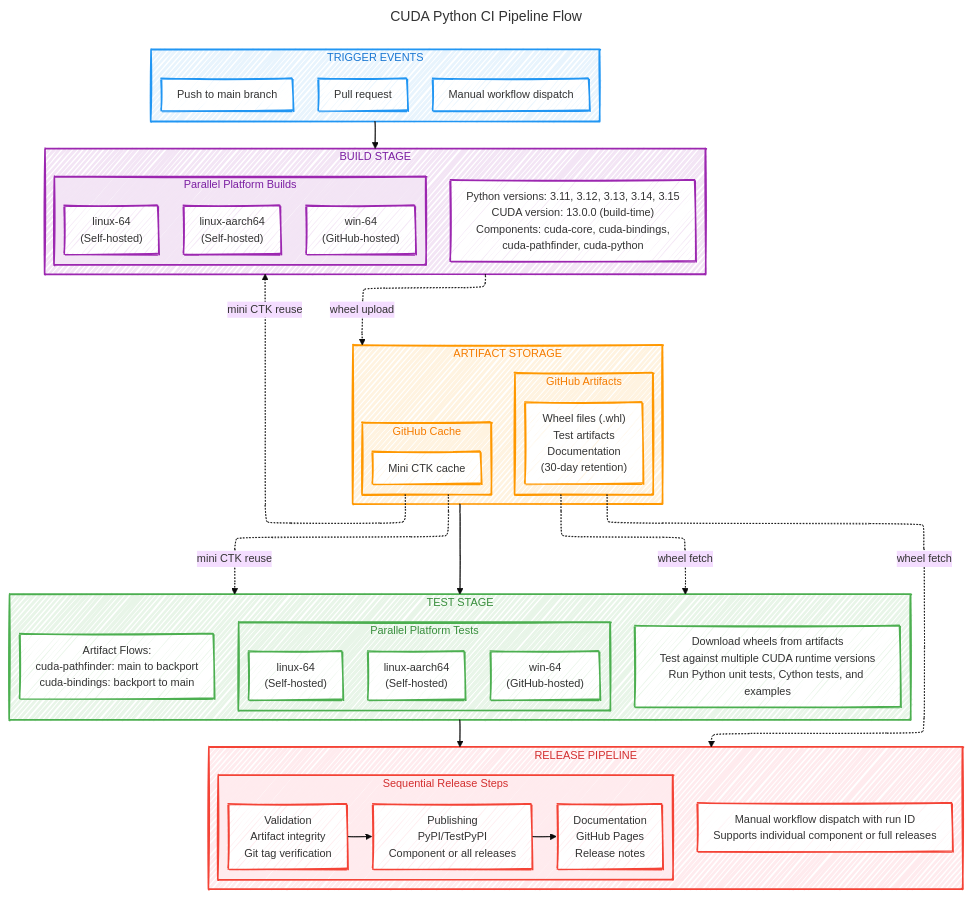
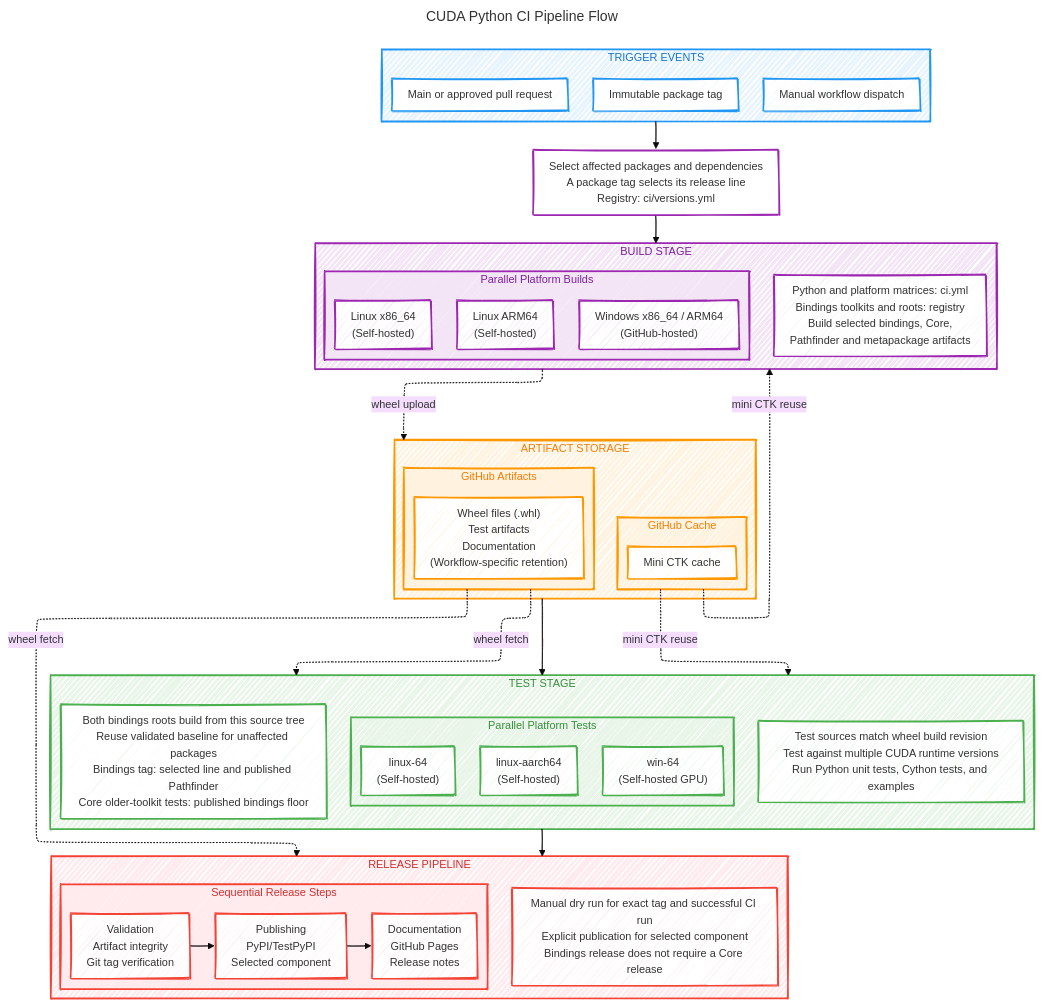
One commit to NVIDIA/cuda-python changed the diagram in ci/ci-pipeline.mmd. Above: the diagram before and after it, drawn with Mermaid. The commit also changed 25 other files, not shown here.

Commit message:
docs: describe shared bindings development and releases

```diff
--- a/ci/ci-pipeline.mmd
+++ b/ci/ci-pipeline.mmd
@@ -1,99 +1,101 @@
 ---
 # SPDX-FileCopyrightText: Copyright (c) 2026 NVIDIA CORPORATION & AFFILIATES. All rights reserved.
 # SPDX-License-Identifier: Apache-2.0
 title: CUDA Python CI Pipeline Flow
 config:
   theme: base
   look: handDrawn
   layout: elk
   handDrawnSeed: 2740
   deterministicIds: true
   deterministicIDSeed: cuda-python-ci-pipeline
   htmlLabels: true
   themeVariables:
     fontFamily: "Comic Sans MS, Comic Sans, cursive"
     fontSize: 14px
   flowchart:
     curve: basis
     diagramPadding: 8
     minNodeWidth: 140
     nodeSpacing: 24
     padding: 10
     rankSpacing: 48
     wrappingWidth: 300
 ---
 flowchart TB
     subgraph TRIGGER["TRIGGER EVENTS"]
         direction LR
-        T1["Push to main branch"] ~~~ T2["Pull request"] ~~~ T3["Manual workflow dispatch"]
+        T1["Main or approved pull request"] ~~~ T2["Immutable package tag"] ~~~ T3["Manual workflow dispatch"]
     end
+
+    PLAN["Select affected packages and dependencies<br/>A package tag selects its release line<br/>Registry: ci/versions.yml"]
 
     subgraph BUILD["BUILD STAGE"]
         direction TB
         subgraph BUILD_PLATFORMS["Parallel Platform Builds"]
             direction LR
-            B1["linux-64<br/>(Self-hosted)"] ~~~ B2["linux-aarch64<br/>(Self-hosted)"] ~~~ B3["win-64<br/>(GitHub-hosted)"]
+            B1["Linux x86_64<br/>(Self-hosted)"] ~~~ B2["Linux ARM64<br/>(Self-hosted)"] ~~~ B3["Windows x86_64 / ARM64<br/>(GitHub-hosted)"]
         end
-        BUILD_DETAILS["Python versions: 3.11, 3.12, 3.13, 3.14, 3.15<br/>CUDA version: 13.0.0 (build-time)<br/>Components: cuda-core, cuda-bindings,<br/>cuda-pathfinder, cuda-python"]
+        BUILD_DETAILS["Python and platform matrices: ci.yml<br/>Bindings toolkits and roots: registry<br/>Build selected bindings, Core,<br/>Pathfinder and metapackage artifacts"]
     end
 
     subgraph ARTIFACTS["ARTIFACT STORAGE"]
         direction TB
         subgraph GITHUB_ARTIFACTS["GitHub Artifacts"]
-            GA1["Wheel files (.whl)<br/>Test artifacts<br/>Documentation<br/>(30-day retention)"]
+            GA1["Wheel files (.whl)<br/>Test artifacts<br/>Documentation<br/>(Workflow-specific retention)"]
         end
         subgraph GITHUB_CACHE["GitHub Cache"]
             GC1["Mini CTK cache"]
         end
     end
 
     subgraph TEST["TEST STAGE"]
         direction TB
         subgraph TEST_PLATFORMS["Parallel Platform Tests"]
             direction LR
-            TS1["linux-64<br/>(Self-hosted)"] ~~~ TS2["linux-aarch64<br/>(Self-hosted)"] ~~~ TS3["win-64<br/>(GitHub-hosted)"]
+            TS1["linux-64<br/>(Self-hosted)"] ~~~ TS2["linux-aarch64<br/>(Self-hosted)"] ~~~ TS3["win-64<br/>(Self-hosted GPU)"]
         end
-        TEST_DETAILS["Download wheels from artifacts<br/>Test against multiple CUDA runtime versions<br/>Run Python unit tests, Cython tests, and examples"]
-        ARTIFACT_FLOWS["Artifact Flows:<br/>cuda-pathfinder: main to backport<br/>cuda-bindings: backport to main"]
+        TEST_DETAILS["Test sources match wheel build revision<br/>Test against multiple CUDA runtime versions<br/>Run Python unit tests, Cython tests, and examples"]
+        ARTIFACT_FLOWS["Both bindings roots build from this source tree<br/>Reuse validated baseline for unaffected packages<br/>Bindings tag: selected line and published Pathfinder<br/>Core older-toolkit tests: published bindings floor"]
     end
 
     subgraph RELEASE["RELEASE PIPELINE"]
         direction TB
         subgraph RELEASE_STAGES["Sequential Release Steps"]
             direction LR
-            R1["Validation<br/>Artifact integrity<br/>Git tag verification"] --> R2["Publishing<br/>PyPI/TestPyPI<br/>Component or all releases"] --> R3["Documentation<br/>GitHub Pages<br/>Release notes"]
+            R1["Validation<br/>Artifact integrity<br/>Git tag verification"] --> R2["Publishing<br/>PyPI/TestPyPI<br/>Selected component"] --> R3["Documentation<br/>GitHub Pages<br/>Release notes"]
         end
-        RELEASE_DETAILS["Manual workflow dispatch with run ID<br/>Supports individual component or full releases"]
+        RELEASE_DETAILS["Manual dry run for exact tag and successful CI run<br/>Explicit publication for selected component<br/>Bindings release does not require a Core release"]
     end
 
-    TRIGGER --> BUILD
+    TRIGGER --> PLAN --> BUILD
     BUILD -. "wheel upload" .-> ARTIFACTS
     ARTIFACTS --> TEST
     TEST --> RELEASE
 
     GITHUB_CACHE -. "mini CTK reuse" .-> BUILD
     GITHUB_CACHE -. "mini CTK reuse" .-> TEST
     GITHUB_ARTIFACTS -. "wheel fetch" .-> TEST
     GITHUB_ARTIFACTS -. "wheel fetch" .-> RELEASE
 
     classDef triggerStyle fill:#e8f4fd,stroke:#2196F3,stroke-width:2px,color:#1976D2
     classDef triggerNodeStyle fill:#ffffff,stroke:#2196F3,stroke-width:2px,color:#333333
     classDef buildStyle fill:#f3e5f5,stroke:#9C27B0,stroke-width:2px,color:#7B1FA2
     classDef buildNodeStyle fill:#ffffff,stroke:#9C27B0,stroke-width:2px,color:#333333
     classDef artifactStyle fill:#fff3e0,stroke:#FF9800,stroke-width:2px,color:#F57C00
     classDef artifactNodeStyle fill:#ffffff,stroke:#FF9800,stroke-width:2px,color:#333333
     classDef testStyle fill:#e8f5e8,stroke:#4CAF50,stroke-width:2px,color:#388E3C
     classDef testNodeStyle fill:#ffffff,stroke:#4CAF50,stroke-width:2px,color:#333333
     classDef releaseStyle fill:#ffebee,stroke:#f44336,stroke-width:2px,color:#D32F2F
     classDef releaseNodeStyle fill:#ffffff,stroke:#f44336,stroke-width:2px,color:#333333
 
     class TRIGGER triggerStyle
     class T1,T2,T3 triggerNodeStyle
     class BUILD,BUILD_PLATFORMS buildStyle
-    class B1,B2,B3,BUILD_DETAILS buildNodeStyle
+    class PLAN,B1,B2,B3,BUILD_DETAILS buildNodeStyle
     class ARTIFACTS,GITHUB_ARTIFACTS,GITHUB_CACHE artifactStyle
     class GA1,GC1 artifactNodeStyle
     class TEST,TEST_PLATFORMS testStyle
     class TS1,TS2,TS3,TEST_DETAILS,ARTIFACT_FLOWS testNodeStyle
     class RELEASE,RELEASE_STAGES releaseStyle
     class R1,R2,R3,RELEASE_DETAILS releaseNodeStyle
```
